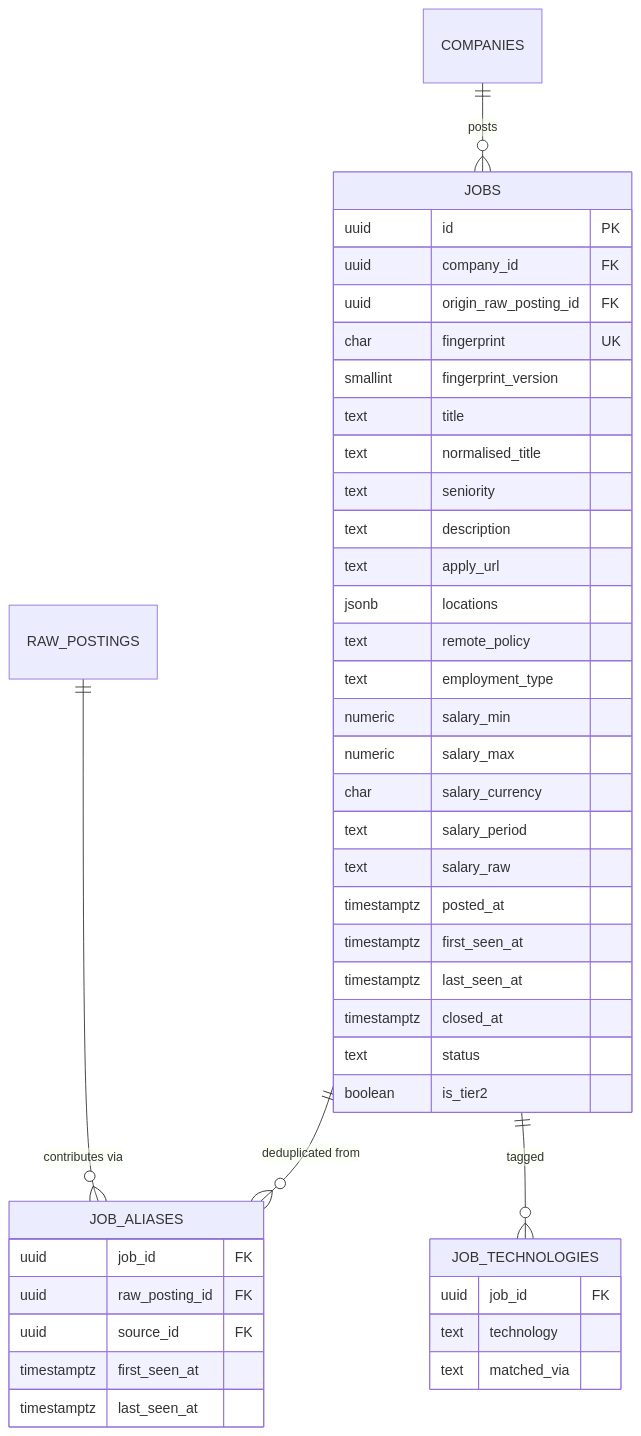
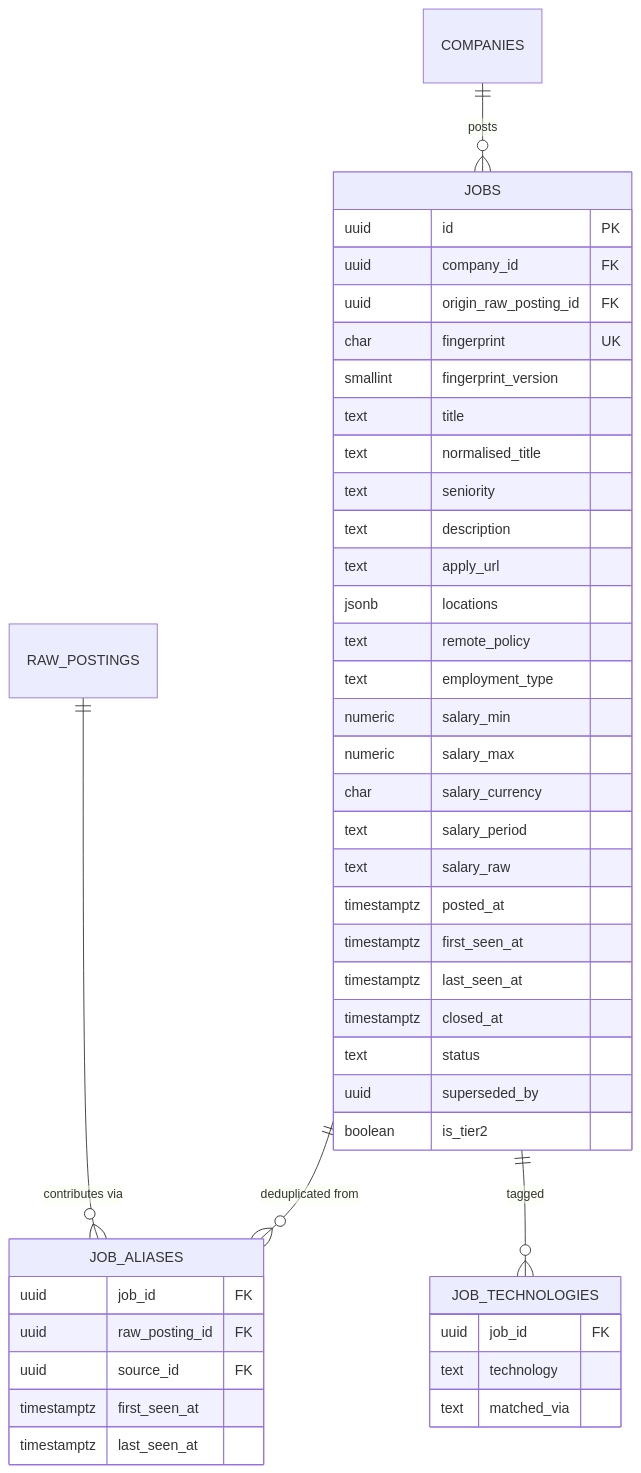
Before and after one commit to HeliosPersonal/jobhunter: the diagram in docs/features/f2-normalization-dedup/data-model.md, drawn with Mermaid. The commit also changed other lines of this file and 25 other files, not shown here.

````diff
--- a/docs/features/f2-normalization-dedup/data-model.md
+++ b/docs/features/f2-normalization-dedup/data-model.md
@@ -19,45 +19,46 @@
 ```mermaid
 erDiagram
   COMPANIES ||--o{ JOBS : posts
   RAW_POSTINGS ||--o{ JOB_ALIASES : "contributes via"
   JOBS ||--o{ JOB_ALIASES : "deduplicated from"
   JOBS ||--o{ JOB_TECHNOLOGIES : tagged
   JOBS {
     uuid id PK
     uuid company_id FK
     uuid origin_raw_posting_id FK
     char fingerprint UK
     smallint fingerprint_version
     text title
     text normalised_title
     text seniority
     text description
     text apply_url
     jsonb locations
     text remote_policy
     text employment_type
     numeric salary_min
     numeric salary_max
     char salary_currency
     text salary_period
     text salary_raw
     timestamptz posted_at
     timestamptz first_seen_at
     timestamptz last_seen_at
     timestamptz closed_at
     text status
+    uuid superseded_by
     boolean is_tier2
   }
   JOB_ALIASES {
     uuid job_id FK
     uuid raw_posting_id FK
     uuid source_id FK
     timestamptz first_seen_at
     timestamptz last_seen_at
   }
   JOB_TECHNOLOGIES {
     uuid job_id FK
     text technology
     text matched_via
   }
 ```
````
